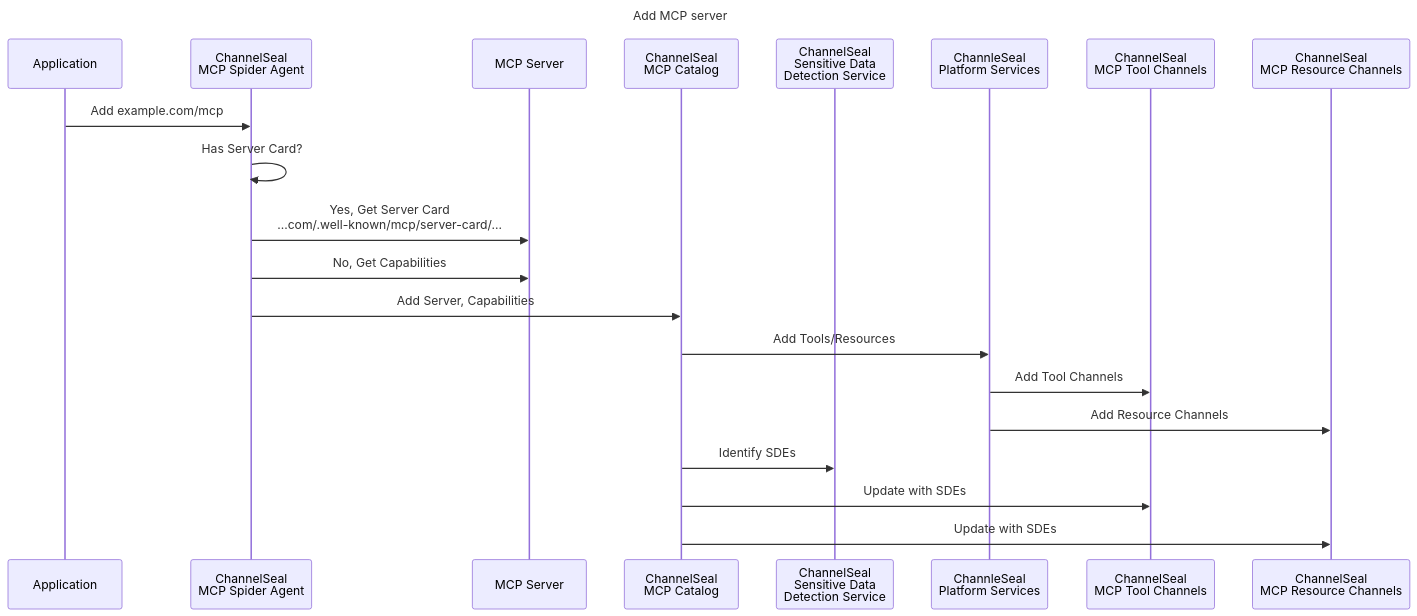
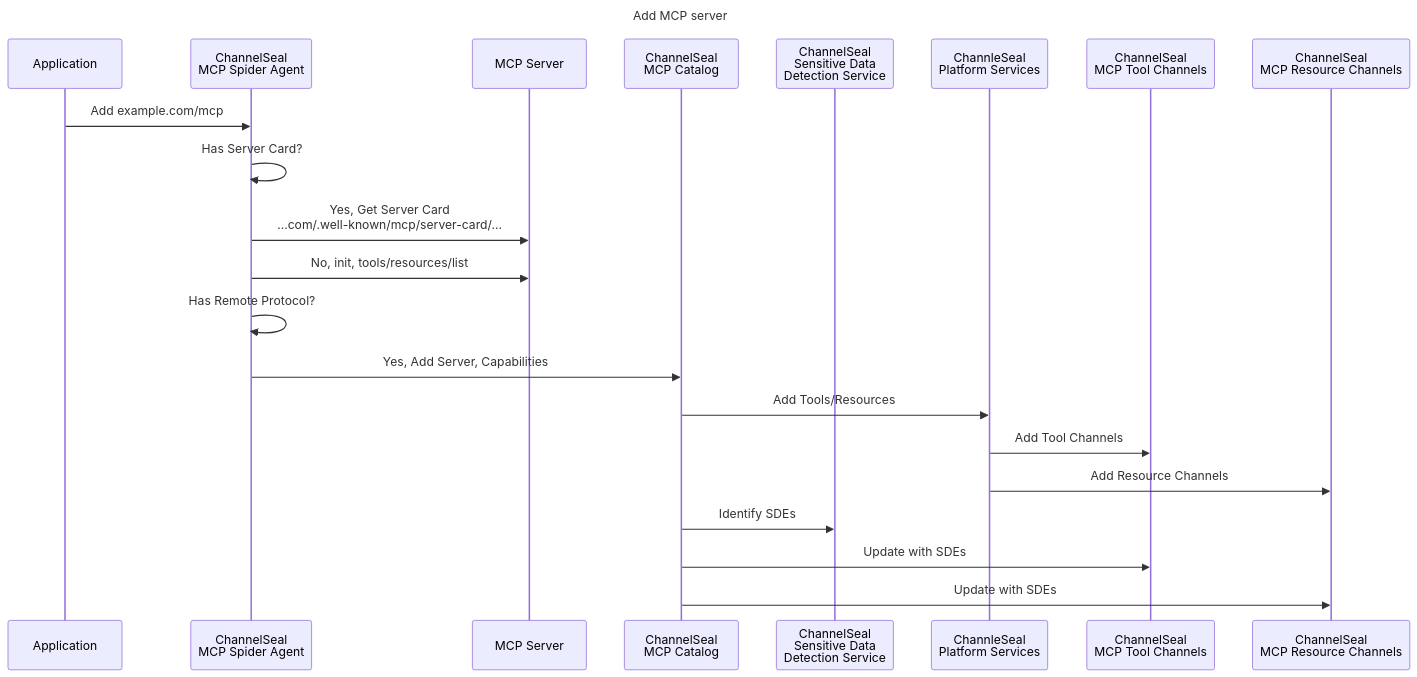
Before and after one commit to sdatapix/tinkering: the second of 3 diagrams in mcp/integration/README.md, drawn with Mermaid. The commit also changed other lines of this file, not shown here.

````diff
--- a/mcp/integration/README.md
+++ b/mcp/integration/README.md
@@ -41,27 +53,28 @@
 ```mermaid
 ---
 title: Add MCP server
 ---
 sequenceDiagram
 
 participant A as Application
 participant CSA as ChannelSeal <br>MCP Spider Agent
 participant MS as MCP Server
 participant CMC as ChannelSeal <br>MCP Catalog
 participant CSDS as ChannelSeal <br>Sensitive Data <br>Detection Service
 participant CPS as ChannleSeal <br>Platform Services
 participant CMTC as ChannelSeal <br>MCP Tool Channels
 participant CMRC as ChannelSeal <br>MCP Resource Channels
 
 A->>CSA: Add example.com/mcp
 CSA->>CSA: Has Server Card?
 CSA->>MS: Yes, Get Server Card <br>...com/.well-known/mcp/server-card/...
-CSA->>MS: No, Get Capabilities
-CSA->>CMC: Add Server, Capabilities
+CSA->>MS: No, init, tools/resources/list
+CSA->>CSA: Has Remote Protocol?
+CSA->>CMC: Yes, Add Server, Capabilities
 CMC->>CPS: Add Tools/Resources
 CPS->>CMTC: Add Tool Channels
 CPS->>CMRC: Add Resource Channels
 CMC->>CSDS: Identify SDEs
 CMC->>CMTC: Update with SDEs
 CMC->>CMRC: Update with SDEs
 ```
````
